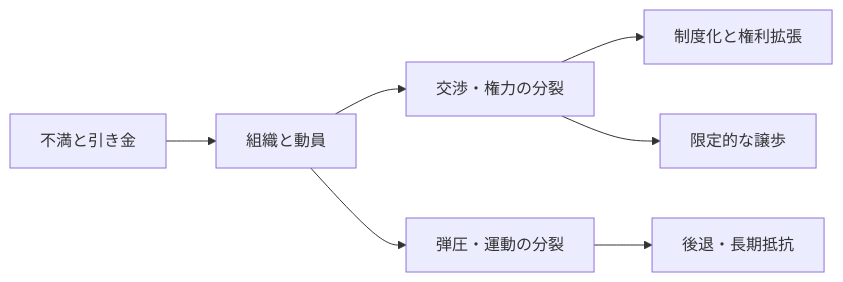
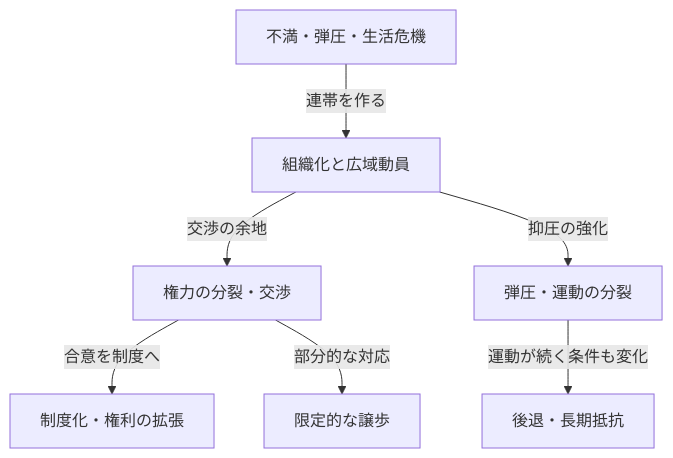
Before and after one commit to daylight55/research: the first of 2 diagrams in articles/report/global-democracy-protest-history/ja/index.mdx, drawn with Mermaid. The commit also changed other lines of this file and 181 other files, not shown here.

First line of the commit message:
全記事の図解368点を再生成し、共通注意書きを削除 (#402)

````diff
--- a/articles/report/global-democracy-protest-history/ja/index.mdx
+++ b/articles/report/global-democracy-protest-history/ja/index.mdx
@@ -52,9 +52,18 @@
 ```mermaid
-flowchart LR
-  A["不満と引き金"] --> B["組織と動員"]
-  B --> C["交渉・権力の分裂"]
-  B --> D["弾圧・運動の分裂"]
-  C --> E["制度化と権利拡張"]
-  C --> F["限定的な譲歩"]
-  D --> G["後退・長期抵抗"]
+flowchart TD
+  accTitle: 抗議運動が制度を変える条件と分岐
+  accDescr: 動員の規模だけでは結果は決まらない。権力側の分裂と交渉、弾圧、運動内の結束が、権利拡張・限定譲歩・後退を分ける。
+  N0["不満・弾圧・生活危機"]
+  N1["組織化と広域動員"]
+  N2["権力の分裂・交渉"]
+  N3["弾圧・運動の分裂"]
+  N4["制度化・権利の拡張"]
+  N5["限定的な譲歩"]
+  N6["後退・長期抵抗"]
+  N0 -->|連帯を作る| N1
+  N1 -->|交渉の余地| N2
+  N1 -->|抑圧の強化| N3
+  N2 -->|合意を制度へ| N4
+  N2 -->|部分的な対応| N5
+  N3 -->|運動が続く条件も変化| N6
 ```
````
